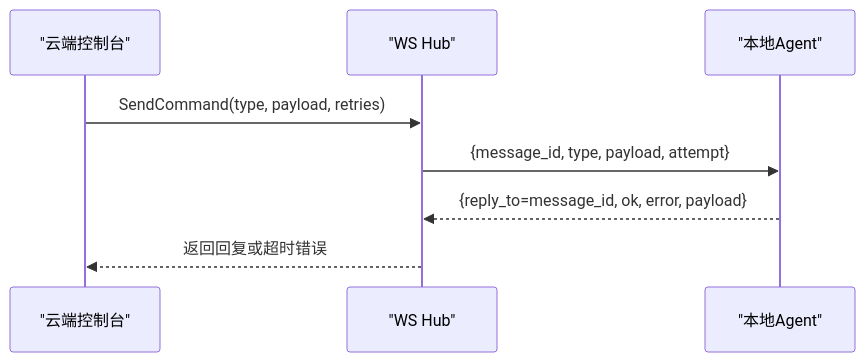
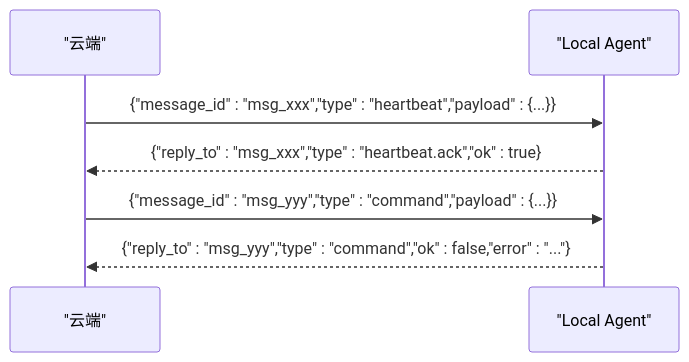
One commit to alvinwangzi/goodhr changed the fourth of 5 diagrams in .qoder/repowiki/zh/content/API接口文档/云端REST API/本地Agent管理API.md. Above: the diagram before and after it, drawn with Mermaid. The commit also changed other lines of this file and 149 other files, not shown here.

````diff
--- a/.qoder/repowiki/zh/content/API接口文档/云端REST API/本地Agent管理API.md
+++ b/.qoder/repowiki/zh/content/API接口文档/云端REST API/本地Agent管理API.md
@@ -284,10 +202,9 @@
 ```mermaid
 sequenceDiagram
-participant Admin as "云端控制台"
-participant Hub as "WS Hub"
-participant Local as "本地Agent"
-Admin->>Hub : SendCommand(type, payload, retries)
-Hub->>Local : {message_id, type, payload, attempt}
-Local-->>Hub : {reply_to=message_id, ok, error, payload}
-Hub-->>Admin : 返回回复或超时错误
+participant C as "云端"
+participant L as "Local Agent"
+C->>L : {"message_id" : "msg_xxx","type" : "heartbeat","payload" : {...}}
+L-->>C : {"reply_to" : "msg_xxx","type" : "heartbeat.ack","ok" : true}
+C->>L : {"message_id" : "msg_yyy","type" : "command","payload" : {...}}
+L-->>C : {"reply_to" : "msg_yyy","type" : "command","ok" : false,"error" : "..."}
 ```
````
